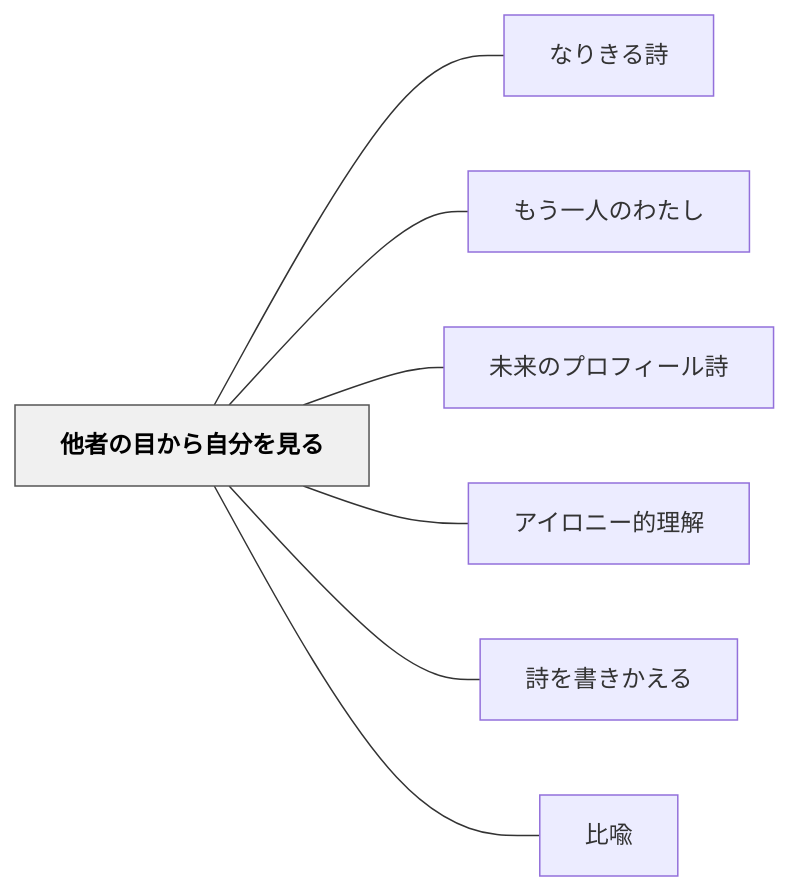
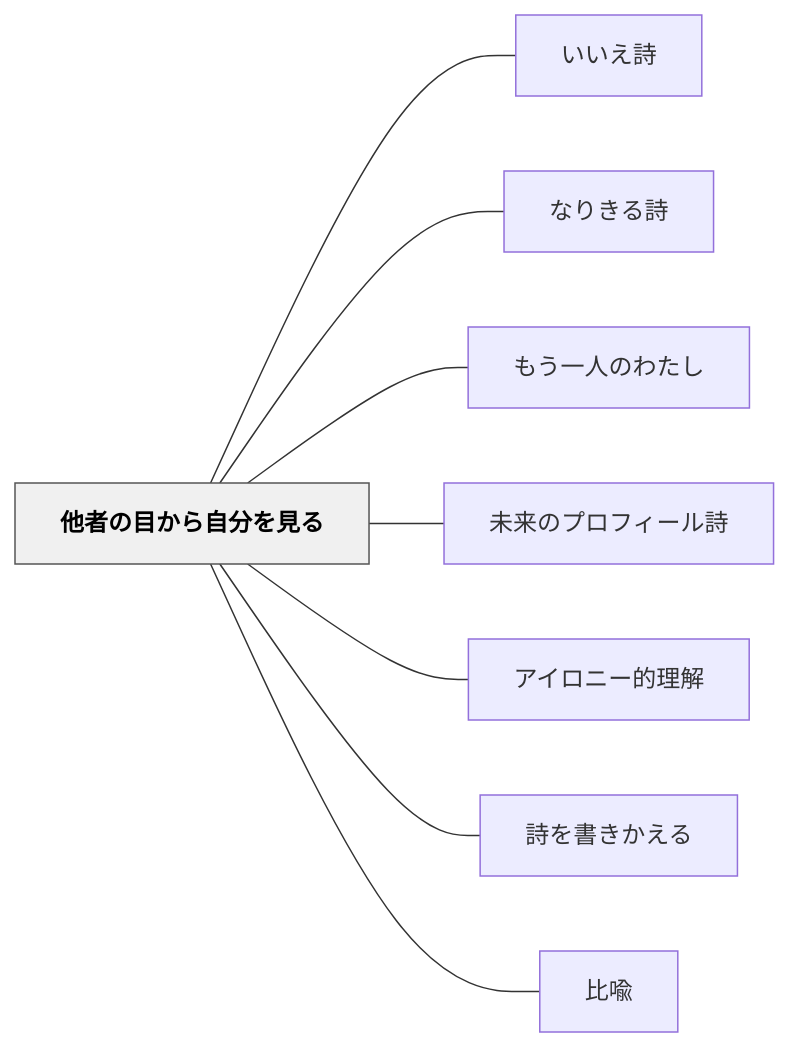
The diagram in content/パタン/他者の目から自分を見る.md (unknownthings-ed-patterns/unknownthings-ed-patterns), drawn with Mermaid before and after one commit. The commit also changed other lines of this file and 473 other files, not shown here.

````diff
--- a/content/パタン/他者の目から自分を見る.md
+++ b/content/パタン/他者の目から自分を見る.md
@@ -134,20 +134,22 @@
 ```mermaid
 flowchart LR
     ne4bb96e88085["他者の目から自分を見る"]
+    ne38184e38184["いいえ詩"]
     ne381aae3828a["なりきる詩"]
     ne38282e38186["もう一人のわたし"]
     ne69caae69da5["未来のプロフィール詩"]
     ne382a2e382a4["アイロニー的理解"]
     ne8a9a9e38292["詩を書きかえる"]
     ne6af94e596a9["比喩"]
 
+    ne4bb96e88085 --- ne38184e38184
     ne4bb96e88085 --- ne381aae3828a
     ne4bb96e88085 --- ne38282e38186
     ne4bb96e88085 --- ne69caae69da5
     ne4bb96e88085 --- ne382a2e382a4
     ne4bb96e88085 --- ne8a9a9e38292
     ne4bb96e88085 --- ne6af94e596a9
 
     classDef hub fill:#f0f0f0,stroke:#555,color:#000,font-weight:bold
     class ne4bb96e88085 hub
 ```
````
